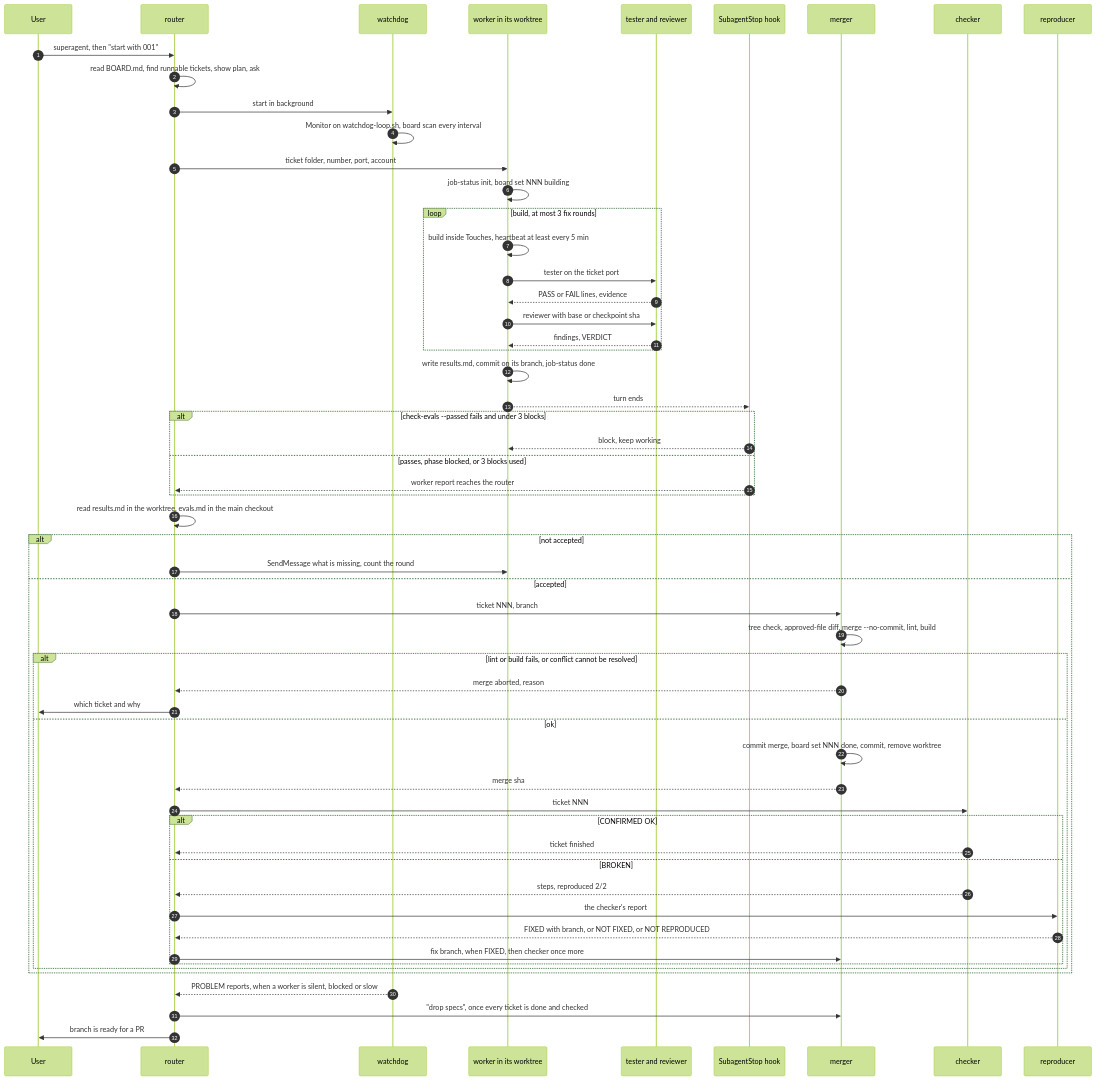
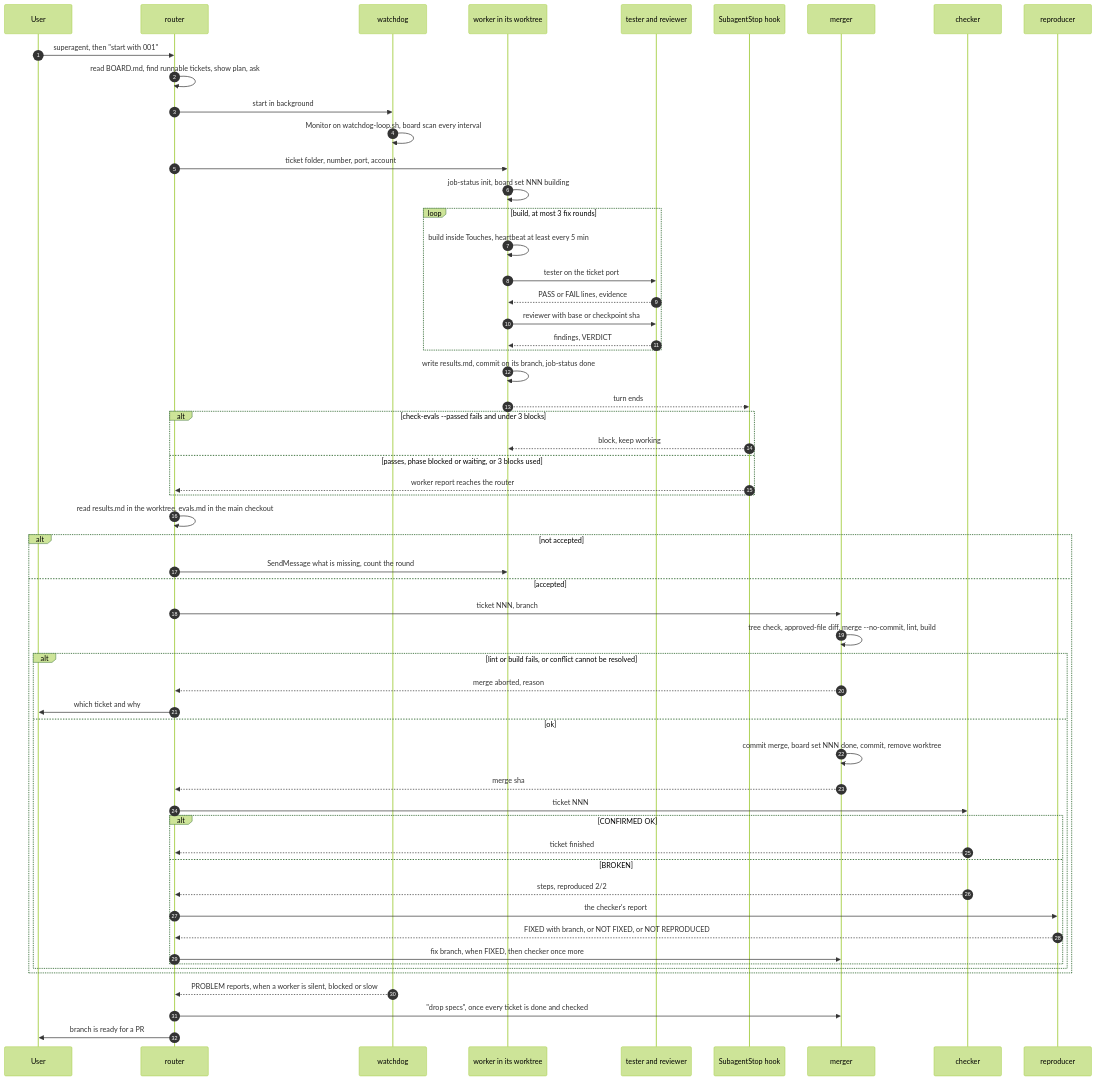
One commit to Orneyfish/super-agents changed the third of 4 diagrams in docs/ARCHITECTURE.md. Above: the diagram before and after it, drawn with Mermaid (forest theme). The commit also changed other lines of this file and 1 other file, not shown here.

First line of the commit message:
docs: ARCHITECTURE and the issue register describe the fixed behaviour

````diff
--- a/docs/ARCHITECTURE.md
+++ b/docs/ARCHITECTURE.md
@@ -403,60 +416,60 @@
 ```mermaid
 sequenceDiagram
   autonumber
   participant U as User
   participant RT as router
   participant WD as watchdog
   participant W as worker in its worktree
   participant TR as tester and reviewer
   participant G as SubagentStop hook
   participant M as merger
   participant C as checker
   participant RP as reproducer
 
   U->>RT: superagent, then "start with 001"
   RT->>RT: read BOARD.md, find runnable tickets, show plan, ask
   RT->>WD: start in background
   WD->>WD: Monitor on watchdog-loop.sh, board scan every interval
   RT->>W: ticket folder, number, port, account
   W->>W: job-status init, board set NNN building
   loop build, at most 3 fix rounds
     W->>W: build inside Touches, heartbeat at least every 5 min
     W->>TR: tester on the ticket port
     TR-->>W: PASS or FAIL lines, evidence
     W->>TR: reviewer with base or checkpoint sha
     TR-->>W: findings, VERDICT
   end
   W->>W: write results.md, commit on its branch, job-status done
   W-->>G: turn ends
   alt check-evals --passed fails and under 3 blocks
     G-->>W: block, keep working
-  else passes, phase blocked, or 3 blocks used
+  else passes, phase blocked or waiting, or 3 blocks used
     G-->>RT: worker report reaches the router
   end
   RT->>RT: read results.md in the worktree, evals.md in the main checkout
   alt not accepted
     RT->>W: SendMessage what is missing, count the round
   else accepted
     RT->>M: ticket NNN, branch
     M->>M: tree check, approved-file diff, merge --no-commit, lint, build
     alt lint or build fails, or conflict cannot be resolved
       M-->>RT: merge aborted, reason
       RT->>U: which ticket and why
     else ok
       M->>M: commit merge, board set NNN done, commit, remove worktree
       M-->>RT: merge sha
       RT->>C: ticket NNN
       alt CONFIRMED OK
         C-->>RT: ticket finished
       else BROKEN
         C-->>RT: steps, reproduced 2/2
         RT->>RP: the checker's report
         RP-->>RT: FIXED with branch, or NOT FIXED, or NOT REPRODUCED
         RT->>M: fix branch, when FIXED, then checker once more
       end
     end
   end
   WD-->>RT: PROBLEM reports, when a worker is silent, blocked or slow
   RT->>M: "drop specs", once every ticket is done and checked
   RT->>U: branch is ready for a PR
 ```
````
